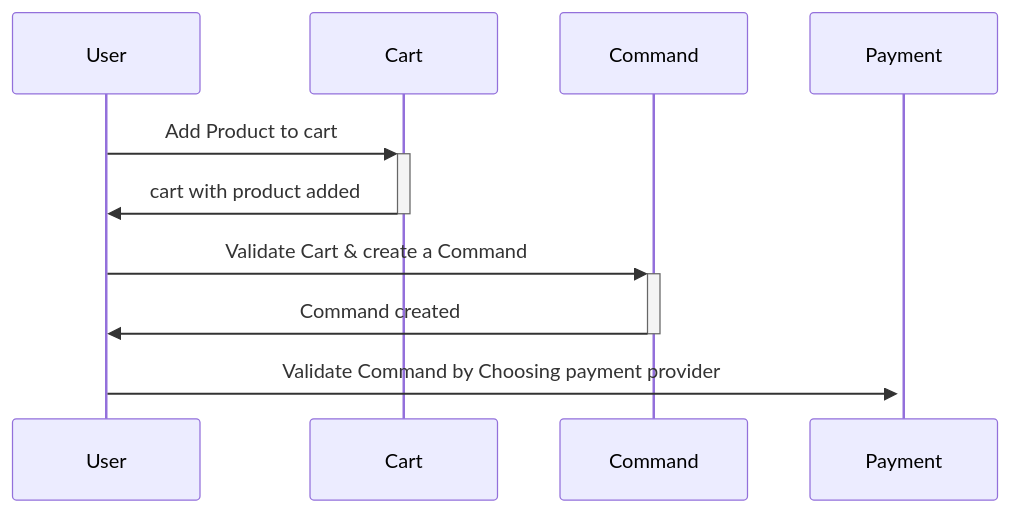
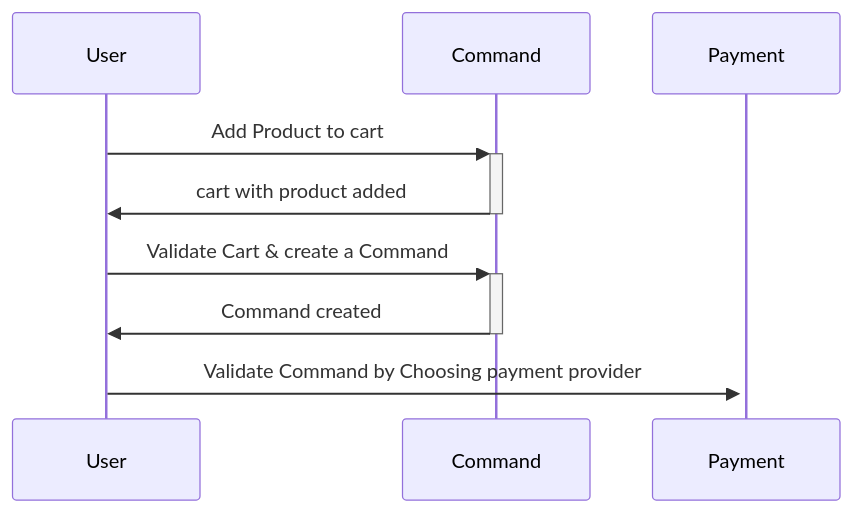
The third of 7 diagrams in src/readme.md (joussin/app_marque_blanche), drawn with Mermaid before and after one commit. The commit also changed other lines of this file and 4 other files, not shown here.

````diff
--- a/src/readme.md
+++ b/src/readme.md
@@ -293,14 +286,14 @@
 ```mermaid
 sequenceDiagram
 
-User->>+Cart: Add Product to cart
+User->>+Command: Add Product to cart
 
-Cart->>-User: cart with product added
+Command->>-User: cart with product added
 
 User->>+Command: Validate Cart & create a Command
 
 Command->>-User: Command created
 
 User->>+Payment: Validate Command by Choosing payment provider
 
 ```
````
